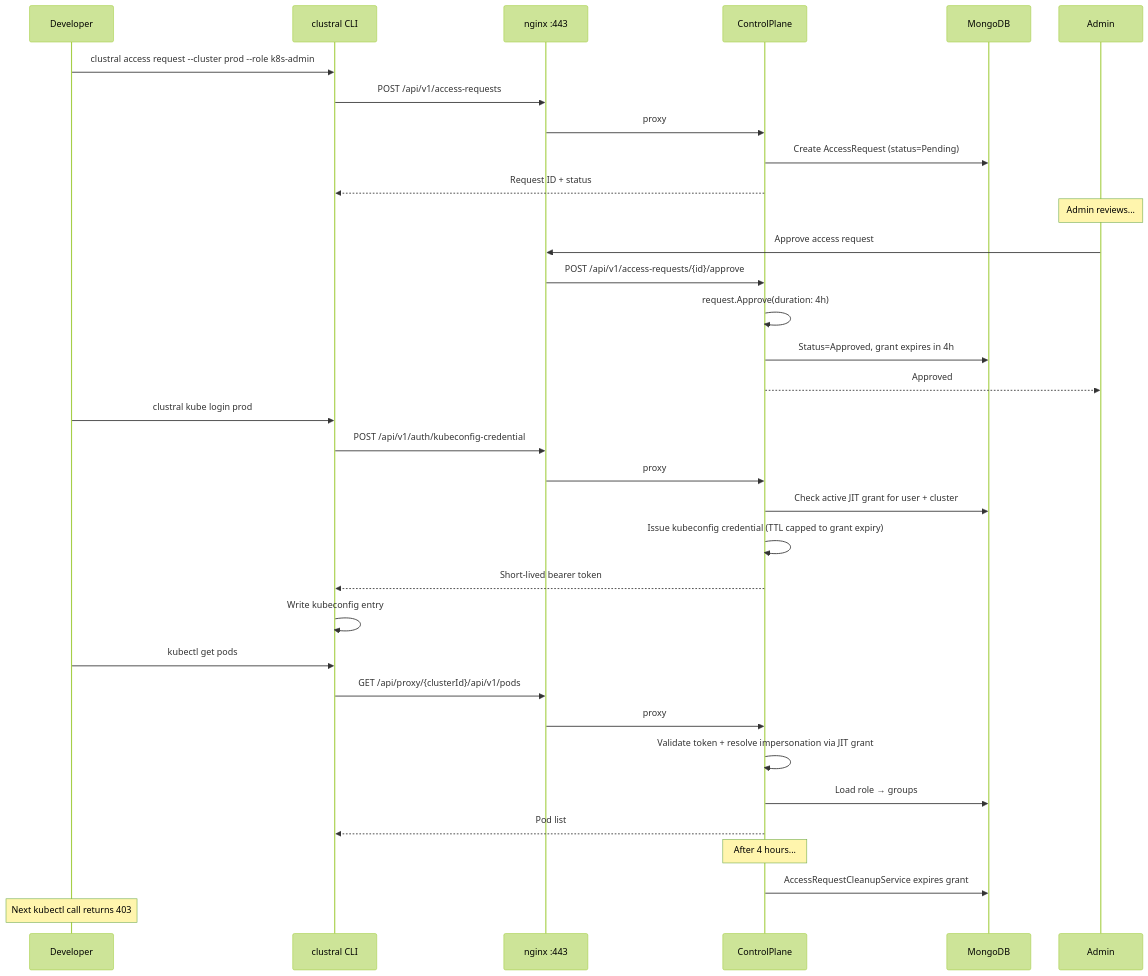
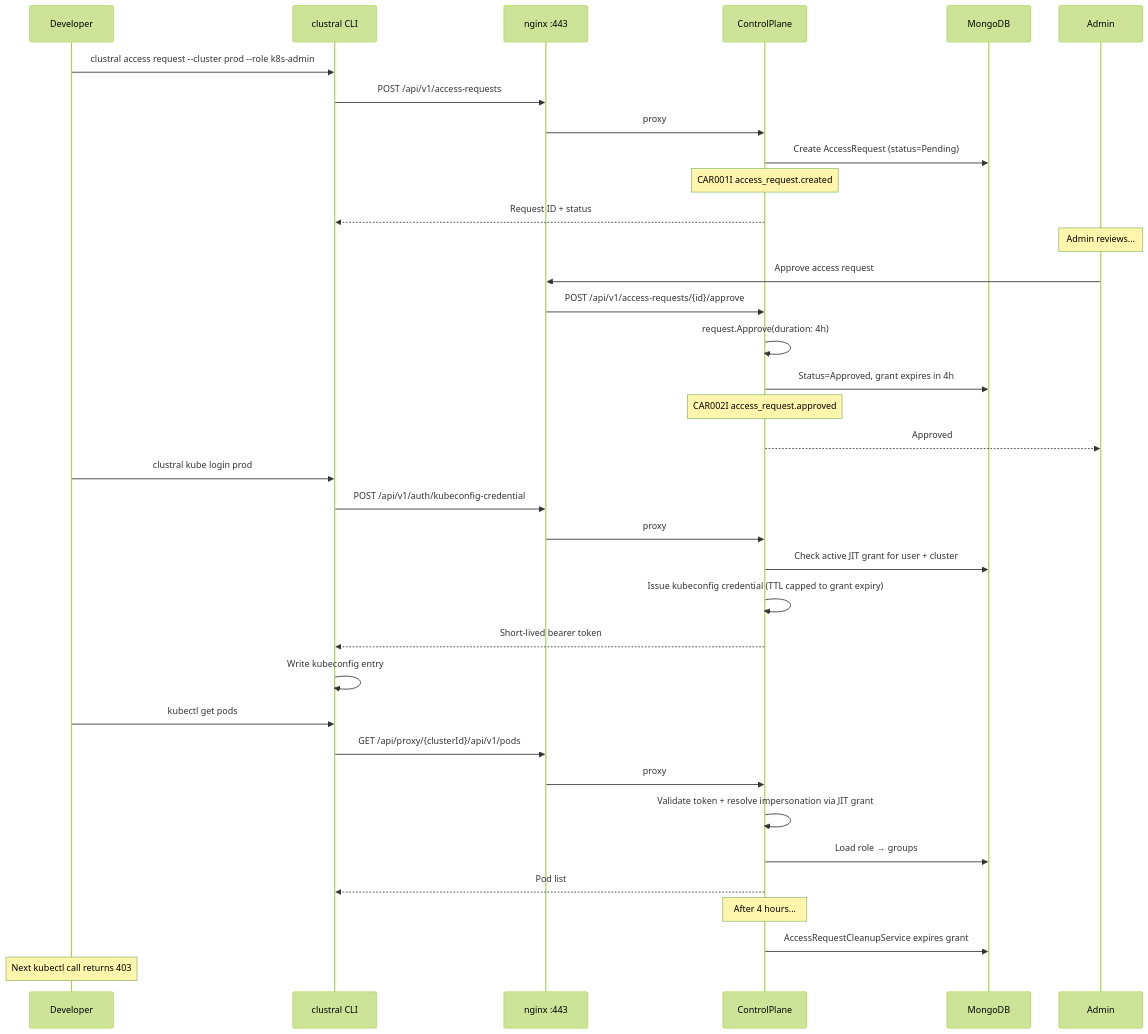
Diagram 11 of 18 in README.md (Clustral/clustral), drawn with Mermaid (forest theme) before and after one commit. The commit also changed other lines of this file, not shown here.

First line of the commit message:
docs: add audit logging section + update diagrams with event codes

````diff
--- a/README.md
+++ b/README.md
@@ -471,42 +493,44 @@
 ```mermaid
 sequenceDiagram
     participant Dev as Developer
     participant CLI as clustral CLI
     participant NGX as nginx :443
     participant CP as ControlPlane
     participant DB as MongoDB
     participant Admin
 
     Dev->>CLI: clustral access request --cluster prod --role k8s-admin
     CLI->>NGX: POST /api/v1/access-requests
     NGX->>CP: proxy
     CP->>DB: Create AccessRequest (status=Pending)
+    Note over CP: CAR001I access_request.created
     CP-->>CLI: Request ID + status
 
     Note over Admin: Admin reviews...
 
     Admin->>NGX: Approve access request
     NGX->>CP: POST /api/v1/access-requests/{id}/approve
     CP->>CP: request.Approve(duration: 4h)
     CP->>DB: Status=Approved, grant expires in 4h
+    Note over CP: CAR002I access_request.approved
     CP-->>Admin: Approved
 
     Dev->>CLI: clustral kube login prod
     CLI->>NGX: POST /api/v1/auth/kubeconfig-credential
     NGX->>CP: proxy
     CP->>DB: Check active JIT grant for user + cluster
     CP->>CP: Issue kubeconfig credential (TTL capped to grant expiry)
     CP-->>CLI: Short-lived bearer token
     CLI->>CLI: Write kubeconfig entry
 
     Dev->>CLI: kubectl get pods
     CLI->>NGX: GET /api/proxy/{clusterId}/api/v1/pods
     NGX->>CP: proxy
     CP->>CP: Validate token + resolve impersonation via JIT grant
     CP->>DB: Load role → groups
     CP-->>CLI: Pod list
 
     Note over CP: After 4 hours...
     CP->>DB: AccessRequestCleanupService expires grant
     Note over Dev: Next kubectl call returns 403
 ```
````
